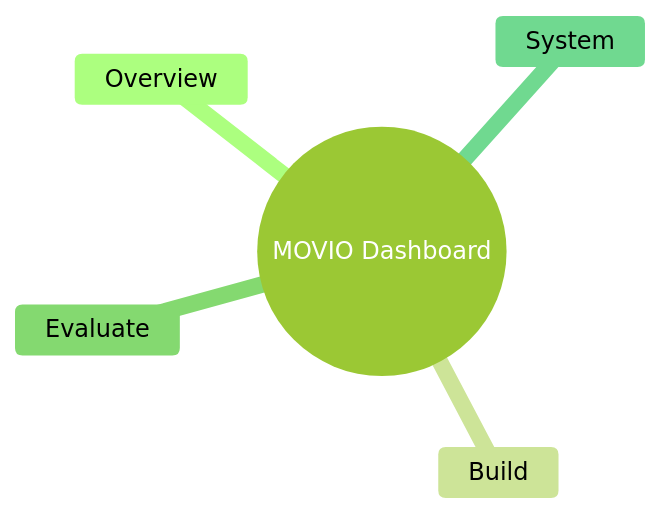
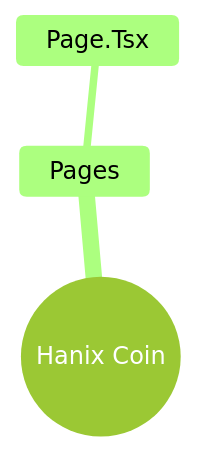
Before and after one commit to Punyamittal/hanix-coin: the fourth of 4 diagrams in README.md, drawn with Mermaid (forest theme). The commit also changed other lines of this file, not shown here.

````diff
--- a/README.md
+++ b/README.md
@@ -201,8 +209,6 @@
 ```mermaid
 mindmap
-  root((MOVIO Dashboard))
-    Overview
-    Build
-    Evaluate
-    System
+  root((Hanix Coin))
+    Pages
+      Page.Tsx
 ```
````
